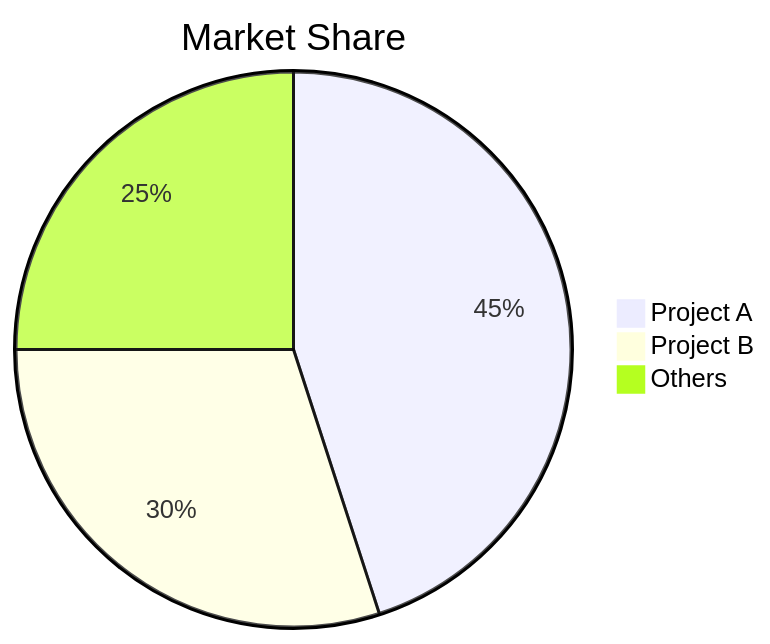
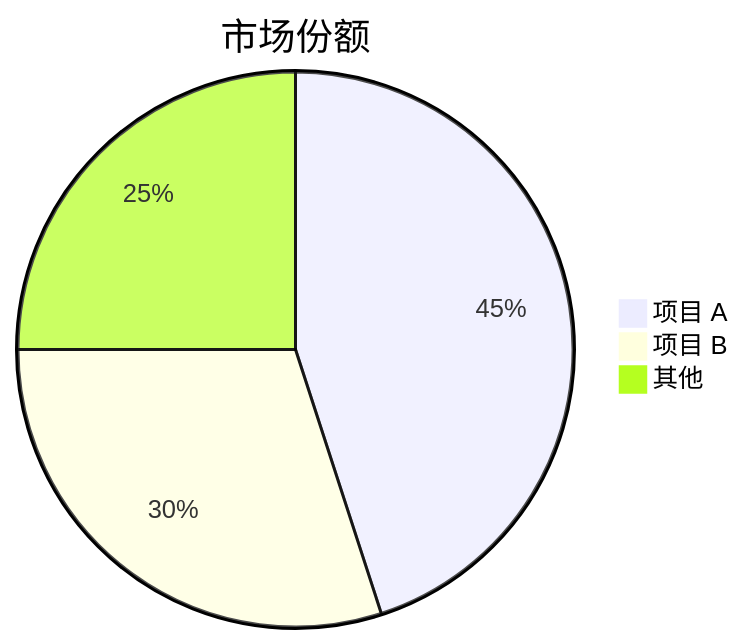
One commit to ShaofeiZi/deer-flow changed the third of 3 diagrams in skills/public/github-deep-research/SKILL.md. Above: the diagram before and after it, drawn with Mermaid. The commit also changed other lines of this file and 12 other files, not shown here.

````diff
--- a/skills/public/github-deep-research/SKILL.md
+++ b/skills/public/github-deep-research/SKILL.md
@@ -114,6 +114,6 @@
 ```mermaid
-pie title Market Share
-    "Project A" : 45
-    "Project B" : 30
-    "Others" : 25
+pie title 市场份额
+    "项目 A" : 45
+    "项目 B" : 30
+    "其他" : 25
 ```
````
